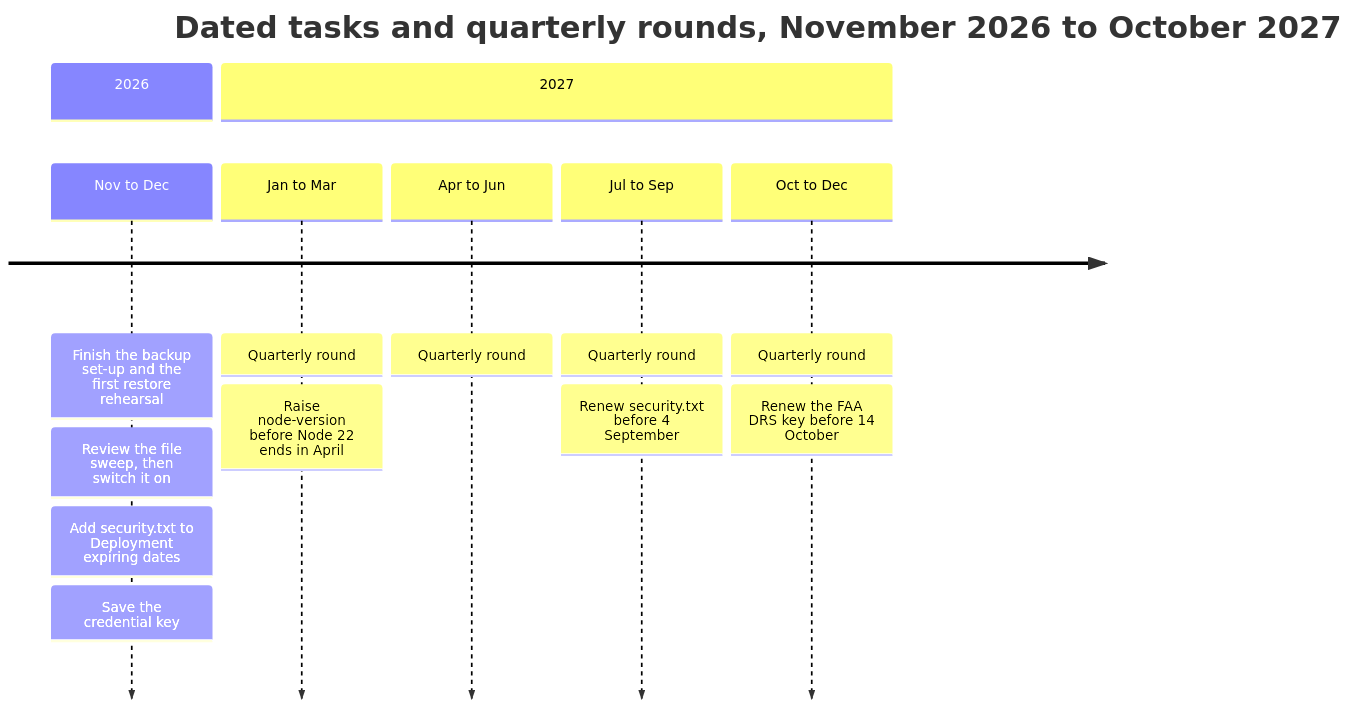
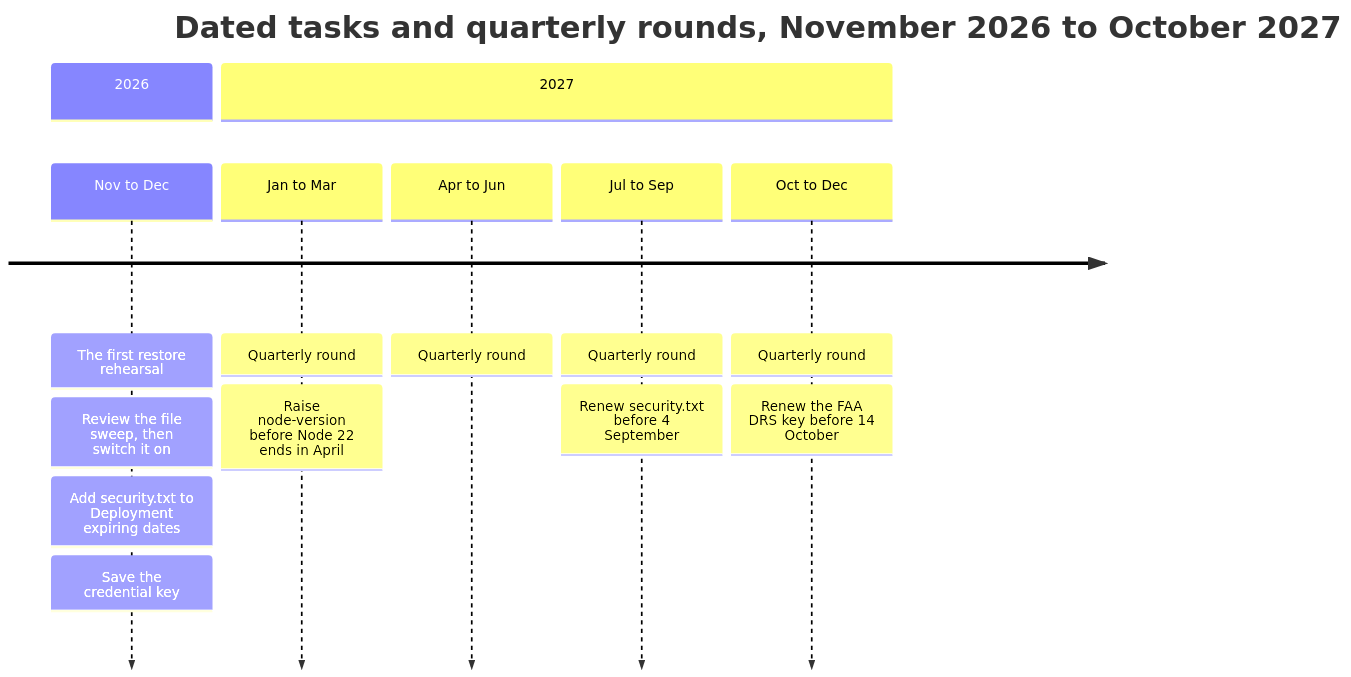
Before and after one commit to angelone-aviation/AO-aircraft-maintenance: the diagram in docs/handbook/3-running-it/checklists.md, drawn with Mermaid. The commit also changed other lines of this file and 18 other files, not shown here.

First line of the commit message:
Record the first off-site backup, CodeQL and the token clean-up in the docs

````diff
--- a/docs/handbook/3-running-it/checklists.md
+++ b/docs/handbook/3-running-it/checklists.md
@@ -13,11 +13,11 @@
 ```mermaid
 timeline
   title Dated tasks and quarterly rounds, November 2026 to October 2027
   section 2026
-    Nov to Dec : Finish the backup set-up and the first restore rehearsal : Review the file sweep, then switch it on : Add security.txt to Deployment expiring dates : Save the credential key
+    Nov to Dec : The first restore rehearsal : Review the file sweep, then switch it on : Add security.txt to Deployment expiring dates : Save the credential key
   section 2027
     Jan to Mar : Quarterly round : Raise node-version before Node 22 ends in April
     Apr to Jun : Quarterly round
     Jul to Sep : Quarterly round : Renew security.txt before 4 September
     Oct to Dec : Quarterly round : Renew the FAA DRS key before 14 October
 ```
````
